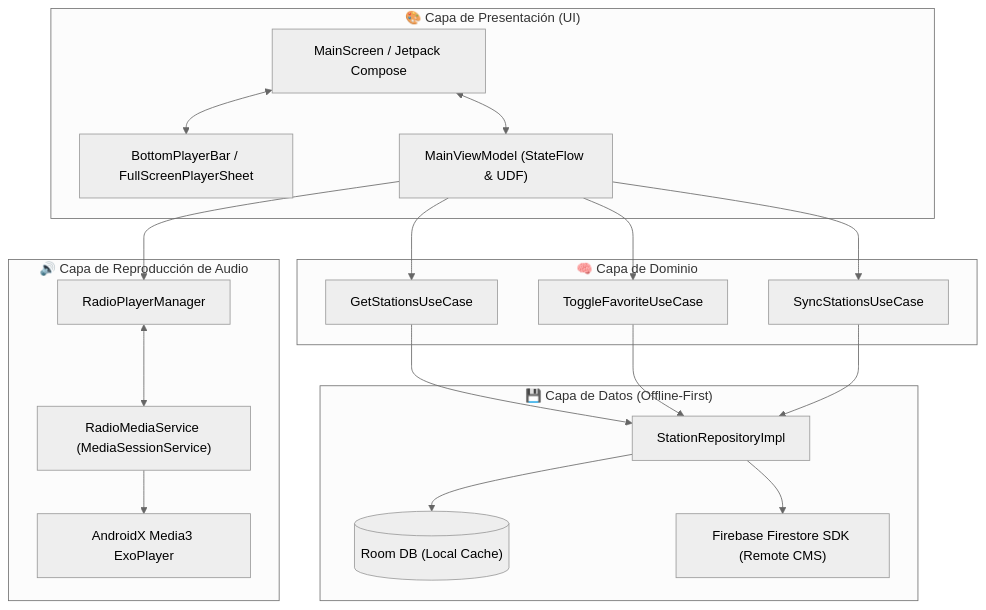
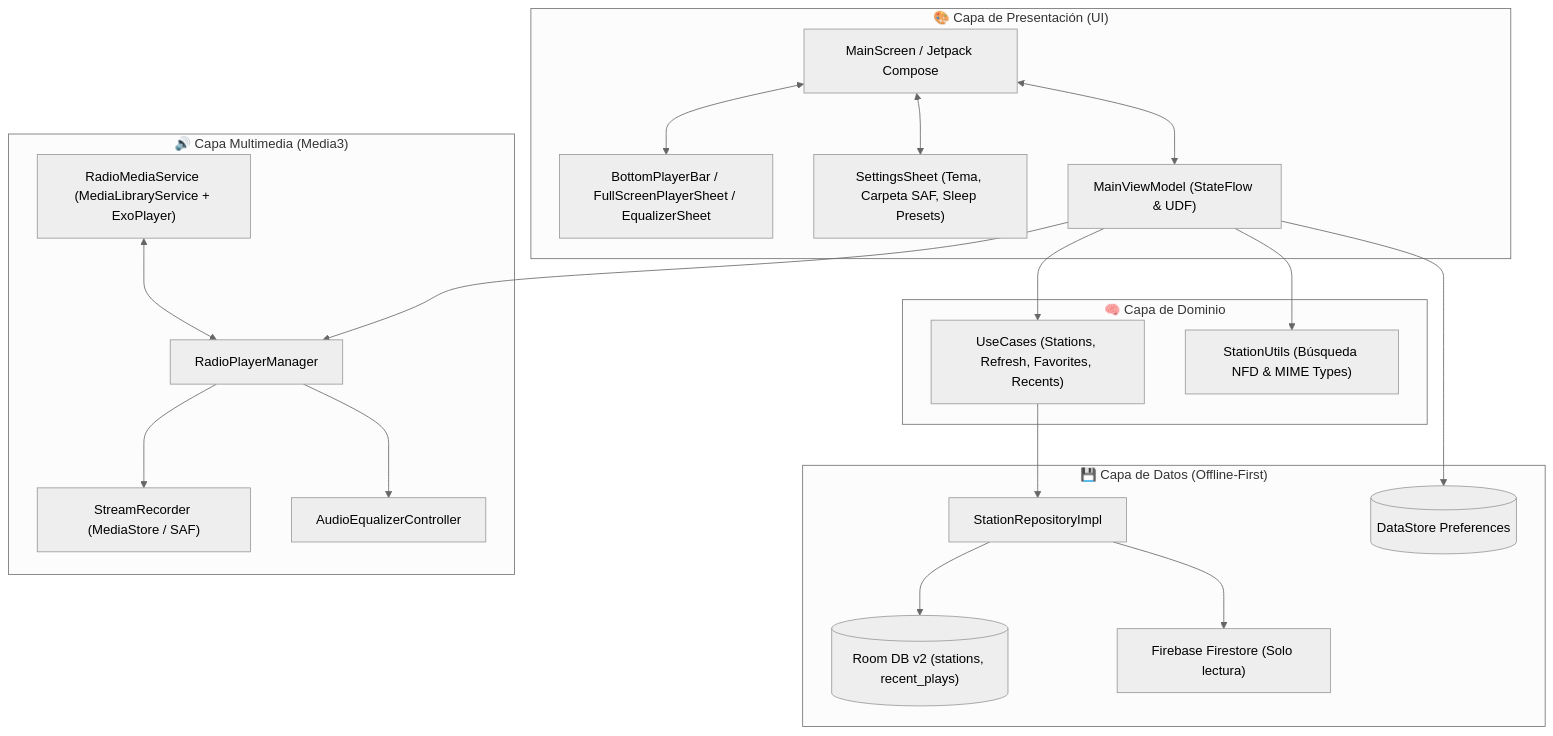
One commit to lmsalazae/mgradio-android changed the diagram in README.md. Above: the diagram before and after it, drawn with Mermaid (neutral theme). The commit also changed other lines of this file, not shown here.

Commit message:
docs: update README.md for mgRadio v2.0.0

````diff
--- a/README.md
+++ b/README.md
@@ -75,36 +72,38 @@
 ```mermaid
 flowchart TD
     subgraph Presentation_Layer ["🎨 Capa de Presentación (UI)"]
         UI["MainScreen / Jetpack Compose"]
-        COMP["BottomPlayerBar / FullScreenPlayerSheet"]
+        PLAYER["BottomPlayerBar / FullScreenPlayerSheet / EqualizerSheet"]
+        SETTINGS["SettingsSheet (Tema, Carpeta SAF, Sleep Presets)"]
         VM["MainViewModel (StateFlow & UDF)"]
-        UI <--> COMP
+        UI <--> PLAYER & SETTINGS
         UI <--> VM
     end
 
     subgraph Domain_Layer ["🧠 Capa de Dominio"]
-        UC1["GetStationsUseCase"]
-        UC2["ToggleFavoriteUseCase"]
-        UC3["SyncStationsUseCase"]
+        UC["UseCases (Stations, Refresh, Favorites, Recents)"]
+        UTILS["StationUtils (Búsqueda NFD & MIME Types)"]
     end
 
     subgraph Data_Layer ["💾 Capa de Datos (Offline-First)"]
         REPO["StationRepositoryImpl"]
-        ROOM[("Room DB (Local Cache)")]
-        FIRESTORE["Firebase Firestore SDK (Remote CMS)"]
+        ROOM[("Room DB v2 (stations, recent_plays)")]
+        DS[("DataStore Preferences")]
+        FIRESTORE["Firebase Firestore (Solo lectura)"]
         REPO --> ROOM
         REPO --> FIRESTORE
     end
 
-    subgraph Media_Layer ["🔊 Capa de Reproducción de Audio"]
-        PLAYER_MGR["RadioPlayerManager"]
-        SERVICE["RadioMediaService (MediaSessionService)"]
-        EXO["AndroidX Media3 ExoPlayer"]
-        SERVICE --> EXO
-        PLAYER_MGR <--> SERVICE
+    subgraph Media_Layer ["🔊 Capa Multimedia (Media3)"]
+        MGR["RadioPlayerManager"]
+        SVC["RadioMediaService (MediaLibraryService + ExoPlayer)"]
+        REC["StreamRecorder (MediaStore / SAF)"]
+        EQ["AudioEqualizerController"]
+        SVC <--> MGR
+        MGR --> REC & EQ
     end
 
-    VM --> UC1 & UC2 & UC3
-    UC1 & UC2 & UC3 --> REPO
-    VM --> PLAYER_MGR
+    VM --> UC & UTILS & DS
+    UC --> REPO
+    VM --> MGR
 ```
````
